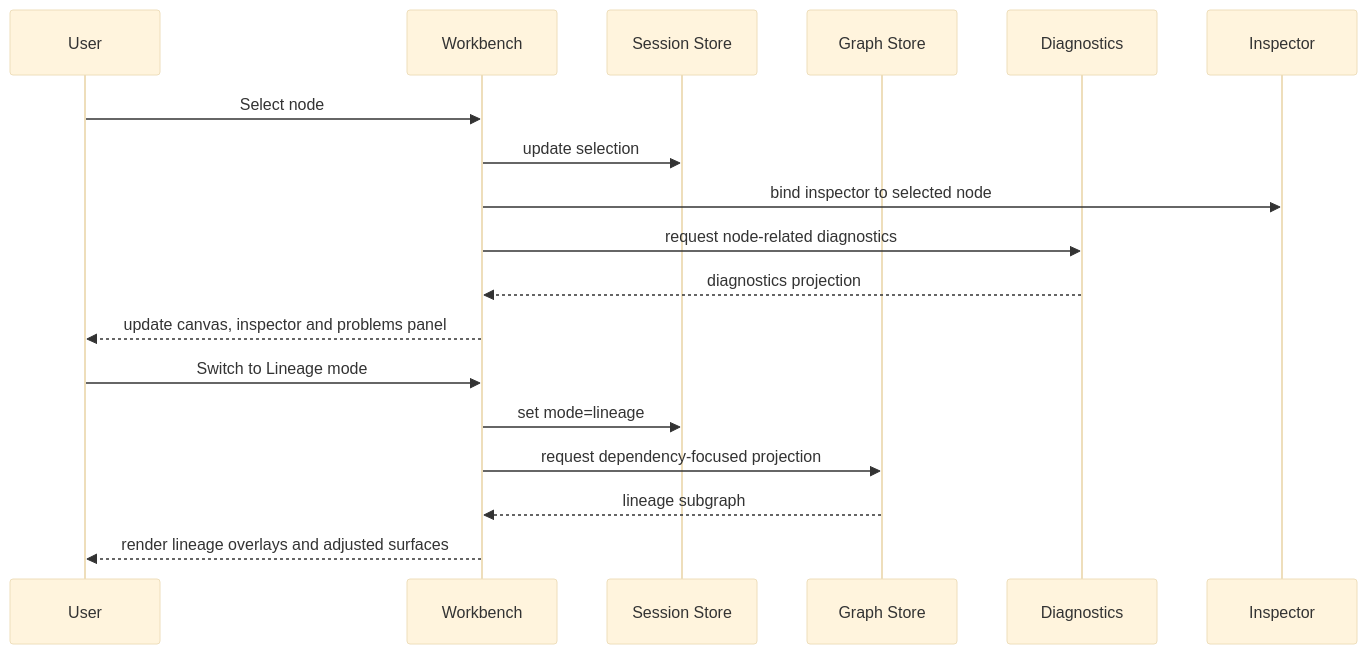
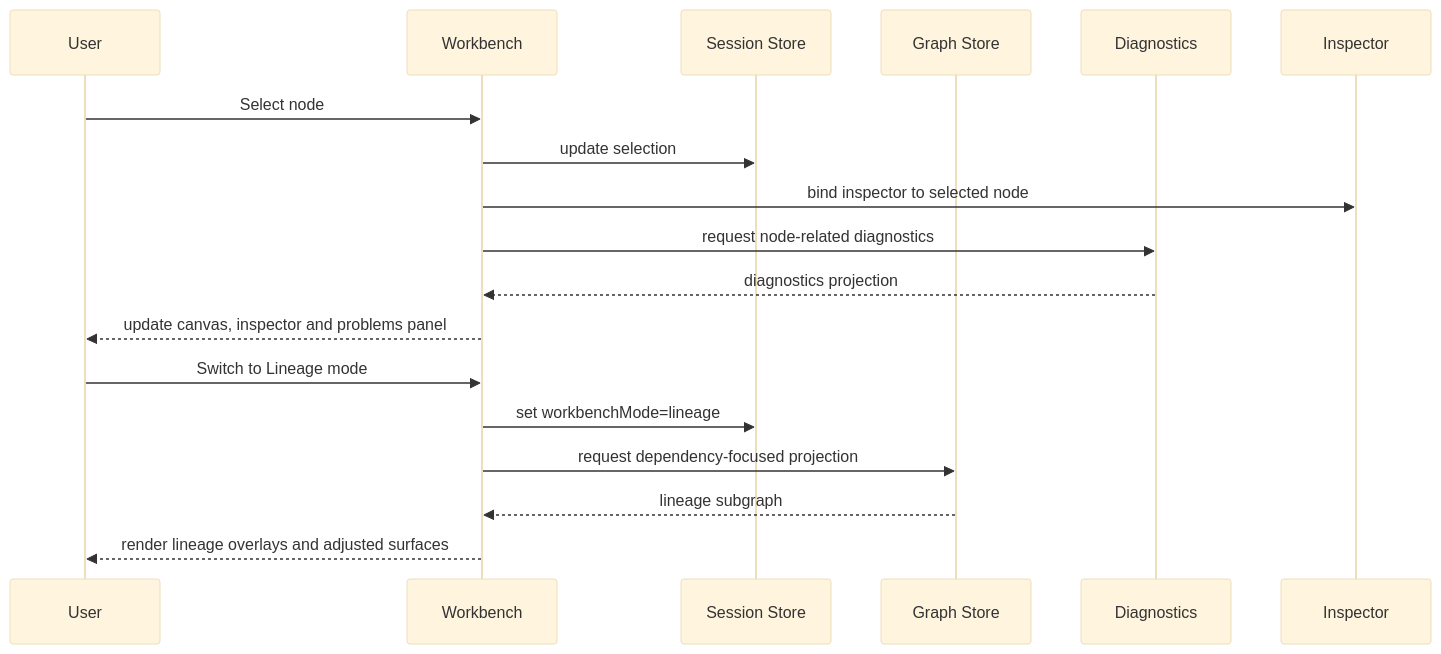
The second of 2 diagrams in docs/architecture/frontend/views/workflow/workflow-graph-workbench-surfaces-and-operating-modes.md (dunay2/dvt), drawn with Mermaid (base theme) before and after one commit. The commit also changed other lines of this file and 21 other files, not shown here.

Commit message:
docs(docs): Document frontend architecture baseline and deepening plan

````diff
--- a/docs/architecture/frontend/views/workflow/workflow-graph-workbench-surfaces-and-operating-modes.md
+++ b/docs/architecture/frontend/views/workflow/workflow-graph-workbench-surfaces-and-operating-modes.md
@@ -489,22 +492,22 @@
 ```mermaid
 sequenceDiagram
     participant U as User
     participant W as Workbench
     participant S as Session Store
     participant G as Graph Store
     participant D as Diagnostics
     participant I as Inspector
 
     U->>W: Select node
     W->>S: update selection
     W->>I: bind inspector to selected node
     W->>D: request node-related diagnostics
     D-->>W: diagnostics projection
     W-->>U: update canvas, inspector and problems panel
 
     U->>W: Switch to Lineage mode
-    W->>S: set mode=lineage
+    W->>S: set workbenchMode=lineage
     W->>G: request dependency-focused projection
     G-->>W: lineage subgraph
     W-->>U: render lineage overlays and adjusted surfaces
 ```
````
